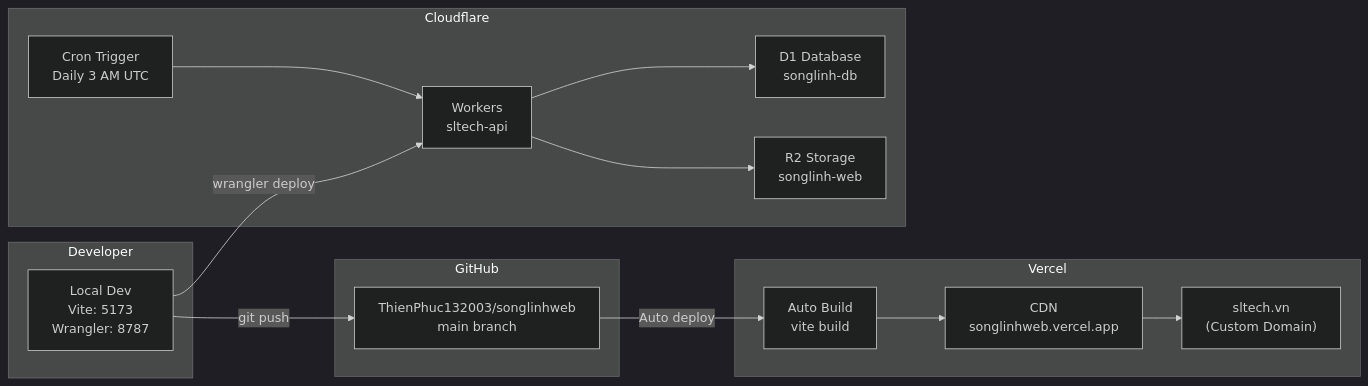
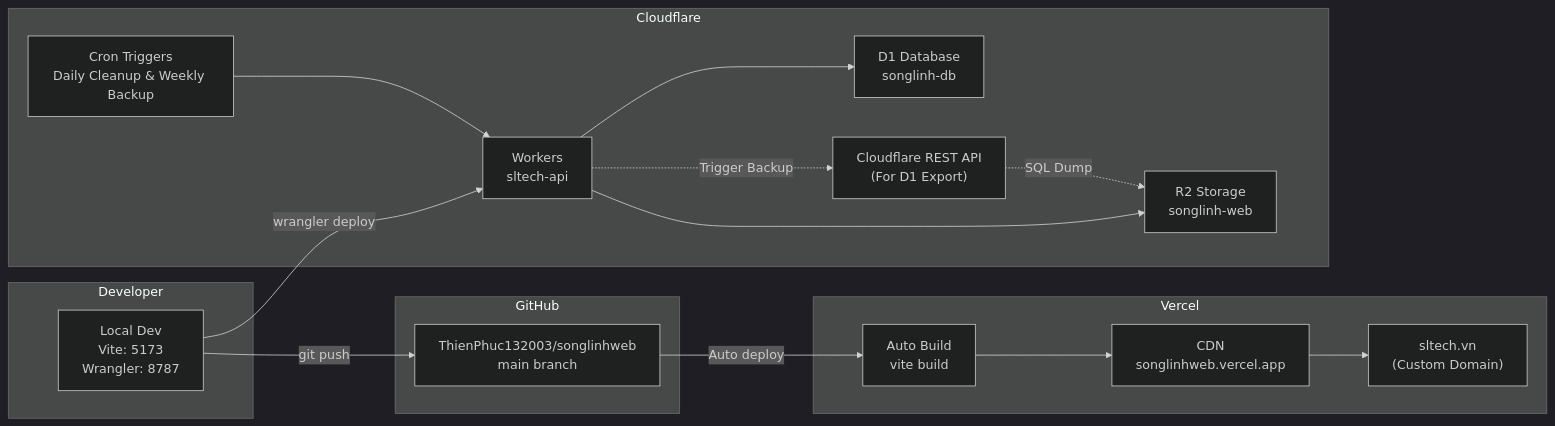
The seventh of 9 diagrams in docs/architecture.md (ThienPhuc132003/songlinhweb), drawn with Mermaid (dark theme) before and after one commit. The commit also changed other lines of this file and 43 other files, not shown here.

````diff
--- a/docs/architecture.md
+++ b/docs/architecture.md
@@ -685,32 +688,35 @@
 ```mermaid
 graph LR
     subgraph "Developer"
         Dev["Local Dev<br/>Vite: 5173<br/>Wrangler: 8787"]
     end
 
     subgraph "GitHub"
         Repo["ThienPhuc132003/songlinhweb<br/>main branch"]
     end
 
     subgraph "Vercel"
         VercelBuild["Auto Build<br/>vite build"]
         VercelCDN["CDN<br/>songlinhweb.vercel.app"]
         VercelDomain["sltech.vn<br/>(Custom Domain)"]
     end
 
     subgraph "Cloudflare"
         Workers["Workers<br/>sltech-api"]
         D1DB["D1 Database<br/>songlinh-db"]
         R2Store["R2 Storage<br/>songlinh-web"]
-        CronJob["Cron Trigger<br/>Daily 3 AM UTC"]
+        CronJob["Cron Triggers<br/>Daily Cleanup & Weekly Backup"]
+        CF_API["Cloudflare REST API<br/>(For D1 Export)"]
     end
 
     Dev -->|"git push"| Repo
     Repo -->|"Auto deploy"| VercelBuild
     VercelBuild --> VercelCDN
     VercelCDN --> VercelDomain
     Dev -->|"wrangler deploy"| Workers
     Workers --> D1DB
     Workers --> R2Store
     CronJob --> Workers
+    Workers -.->|"Trigger Backup"| CF_API
+    CF_API -.->|"SQL Dump"| R2Store
 ```
````
